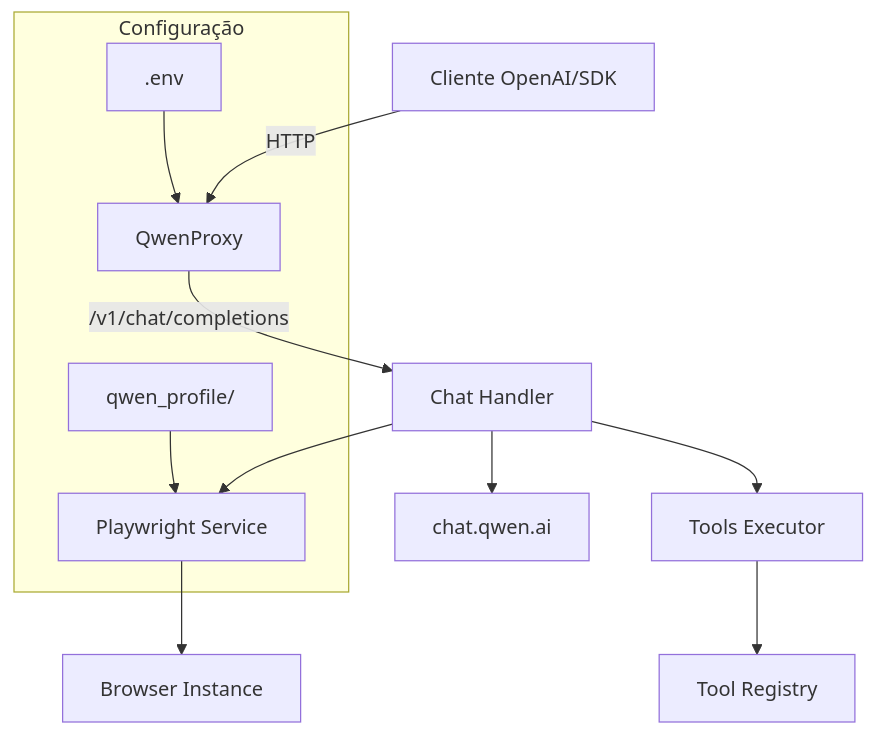
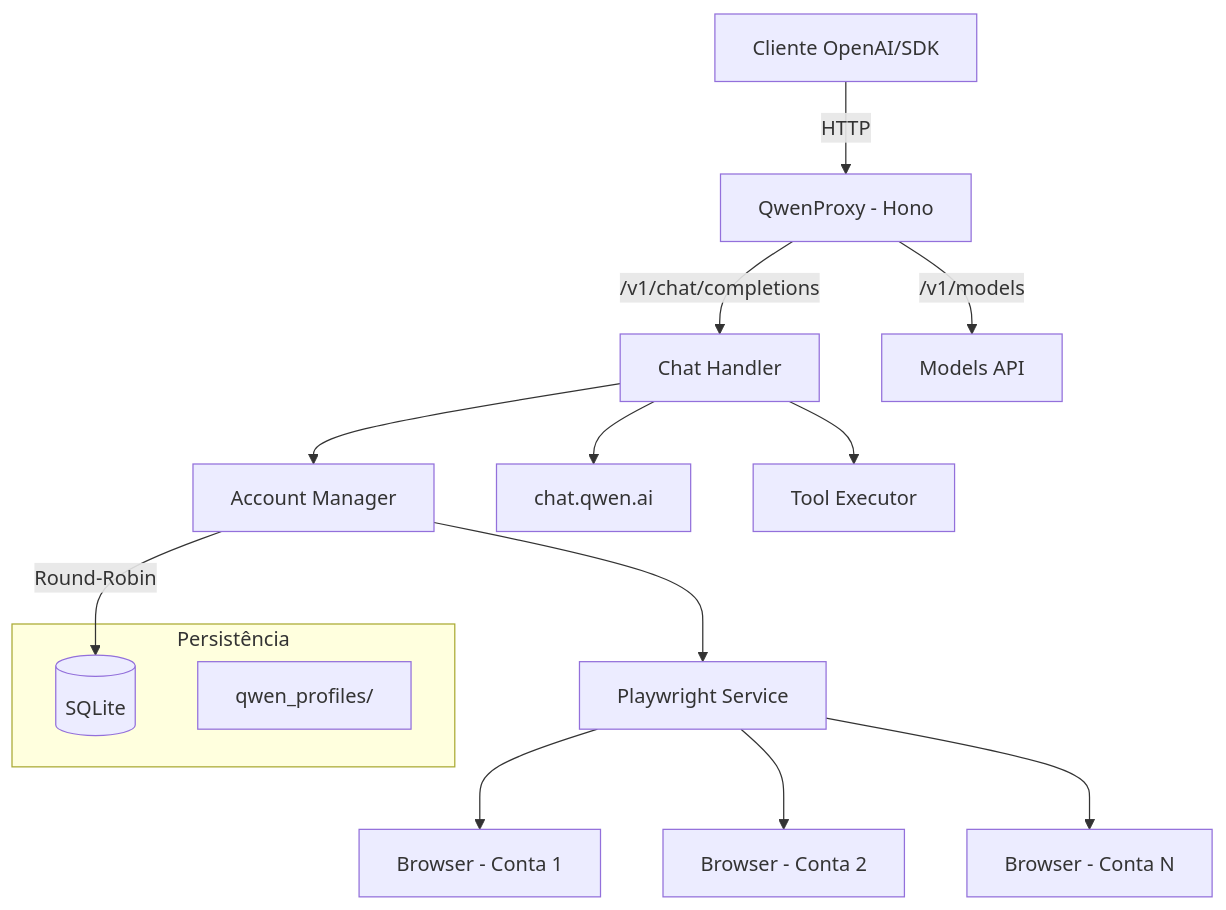
The diagram in README.md (johngbl/qwenproxy), drawn with Mermaid before and after one commit. The commit also changed other lines of this file and 12 other files, not shown here.

First line of the commit message:
feat: migrate account storage from JSON to SQLite with WAL mode

````diff
--- a/README.md
+++ b/README.md
@@ -29,15 +30,19 @@
 ```mermaid
 graph TD
-    Client[Cliente OpenAI/SDK] -->|HTTP| Proxy[QwenProxy]
+    Client[Cliente OpenAI/SDK] -->|HTTP| Proxy[QwenProxy - Hono]
     Proxy -->|/v1/chat/completions| Handler[Chat Handler]
-    Handler --> Qwen[chat.qwen.ai]
-    Handler --> Playwright[Playwright Service]
-    Playwright --> Browser[Browser Instance]
-    Handler --> Tools[Tools Executor]
-    Tools --> Registry[Tool Registry]
-    
-    subgraph "Configuração"
-        Env[.env] --> Proxy
-        Profile[qwen_profile/] --> Playwright
+    Proxy -->|/v1/models| Models[Models API]
+    Handler --> AccountMgr[Account Manager]
+    AccountMgr -->|Round-Robin| Accounts[(SQLite)]
+    AccountMgr --> Playwright[Playwright Service]
+    Playwright --> Browser1[Browser - Conta 1]
+    Playwright --> Browser2[Browser - Conta 2]
+    Playwright --> BrowserN[Browser - Conta N]
+    Handler --> QwenAPI[chat.qwen.ai]
+    Handler --> Tools[Tool Executor]
+
+    subgraph "Persistência"
+        Accounts
+        Profiles[qwen_profiles/]
     end
 ```
````
